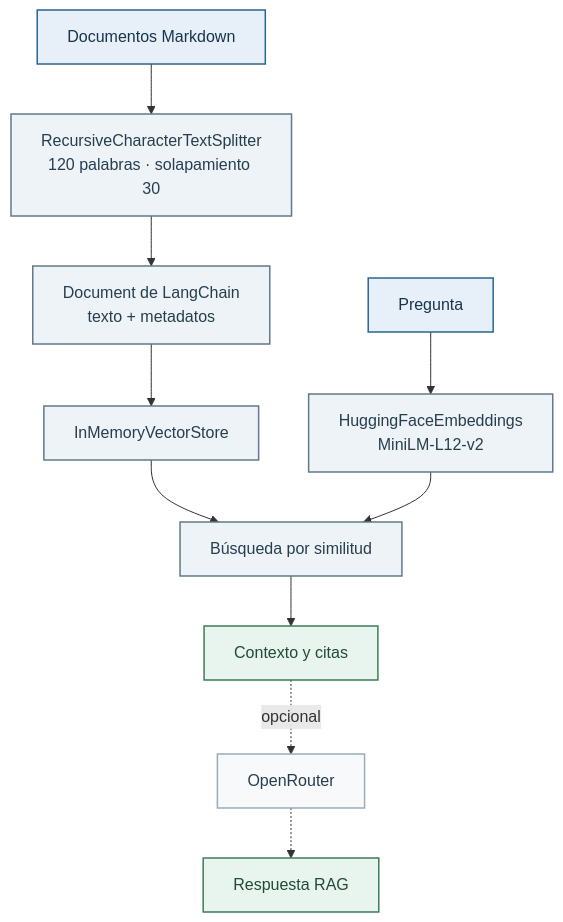
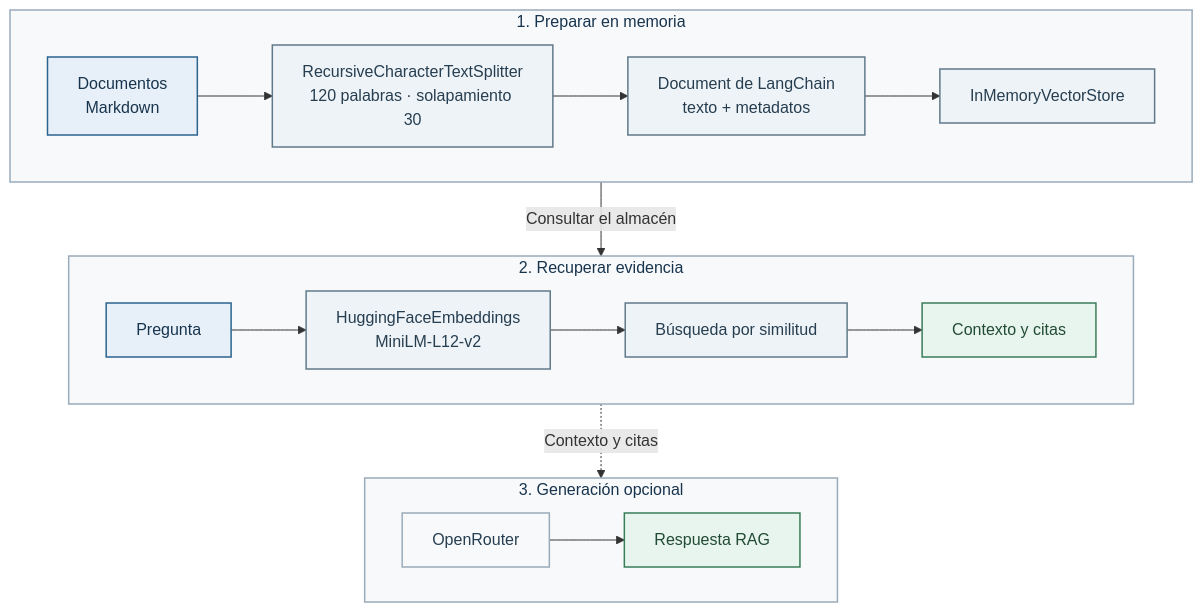
The diagram in labs/opcionales/langchain/README.md (intersystems-ib/curso-ia-asistentes-iris), drawn with Mermaid before and after one commit. The commit also changed 7 other files, not shown here.

Commit message:
docs: layout diagramas mermaid

````diff
--- a/labs/opcionales/langchain/README.md
+++ b/labs/opcionales/langchain/README.md
@@ -5,20 +5,32 @@
 ```mermaid
 flowchart TB
-    Docs[Documentos Markdown] --> Chunks[RecursiveCharacterTextSplitter<br/>120 palabras · solapamiento 30]
-    Chunks --> LCDocs[Document de LangChain<br/>texto + metadatos]
-    LCDocs --> Store[InMemoryVectorStore]
-    Question[Pregunta] --> Embedding[HuggingFaceEmbeddings<br/>MiniLM-L12-v2]
-    Store --> Search[Búsqueda por similitud]
-    Embedding --> Search
-    Search --> Evidence[Contexto y citas]
-    Evidence -. opcional .-> LLM[OpenRouter]
-    LLM -.-> Answer[Respuesta RAG]
+    subgraph Prepare[1. Preparar en memoria]
+        direction LR
+        Docs[Documentos<br/>Markdown] --> Chunks[RecursiveCharacterTextSplitter<br/>120 palabras · solapamiento 30]
+        Chunks --> LCDocs[Document de LangChain<br/>texto + metadatos]
+        LCDocs --> Store[InMemoryVectorStore]
+    end
+    subgraph Retrieve[2. Recuperar evidencia]
+        direction LR
+        Question[Pregunta] --> Embedding[HuggingFaceEmbeddings<br/>MiniLM-L12-v2]
+        Embedding --> Search[Búsqueda por similitud]
+        Search --> Evidence[Contexto y citas]
+    end
+    subgraph Generate[3. Generación opcional]
+        direction LR
+        LLM[OpenRouter] --> Answer[Respuesta RAG]
+    end
+    Prepare -->|Consultar el almacén| Retrieve
+    Retrieve -. Contexto y citas .-> Generate
     classDef input fill:#E7F0F8,stroke:#2B648E,color:#18344D,stroke-width:1.5px;
     classDef process fill:#EEF3F7,stroke:#617A8A,color:#263E50,stroke-width:1.5px;
     classDef outcome fill:#E8F4EE,stroke:#3A7D5A,color:#214B35,stroke-width:1.5px;
     classDef optional fill:#F7F9FB,stroke:#9AACBA,color:#263E50,stroke-width:1.5px;
     class Docs,Question input;
     class Chunks,LCDocs,Store,Embedding,Search process;
     class Evidence,Answer outcome;
     class LLM optional;
+    style Prepare fill:#F7F9FB,stroke:#9AACBA,color:#18344D,stroke-width:1.5px
+    style Retrieve fill:#F7F9FB,stroke:#9AACBA,color:#18344D,stroke-width:1.5px
+    style Generate fill:#F7F9FB,stroke:#9AACBA,color:#18344D,stroke-width:1.5px
 ```
````
